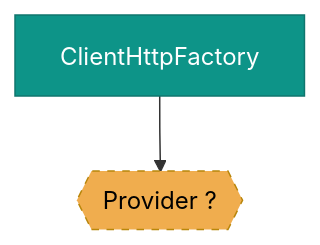
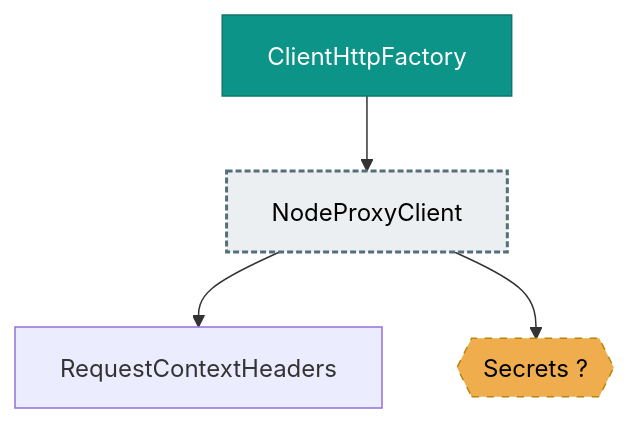
One commit to deanhiller/webpieces-ts changed the diagram in packages/http/http-client-node/design.md. Above: the diagram before and after it, drawn with Mermaid. The commit also changed other lines of this file and 40 other files, not shown here.

First line of the commit message:
Upgrade @webpieces to 0.3.320 and regenerate every design with the shipped DI-graph analyzer (#335)

````diff
--- a/packages/http/http-client-node/design.md
+++ b/packages/http/http-client-node/design.md
@@ -13,11 +13,17 @@
 ```mermaid
 graph TD
     ClientHttpFactory["ClientHttpFactory"]:::apiImpl
-    Provider_NodeProxyClient_{{"Provider<NodeProxyClient> ?"}}:::unresolved
-    ClientHttpFactory --> Provider_NodeProxyClient_
+    NodeProxyClient["NodeProxyClient"]:::many
+    RequestContextHeaders["RequestContextHeaders"]
+    Secrets{{"Secrets ?"}}:::unresolved
+    ClientHttpFactory --> NodeProxyClient
+    NodeProxyClient --> RequestContextHeaders
+    NodeProxyClient --> Secrets
     classDef controller fill:#1f6feb,color:#ffffff,stroke:#0d419d
     classDef apiImpl fill:#0d9488,color:#ffffff,stroke:#0f766e
     classDef component fill:#2da44e,color:#ffffff,stroke:#1a7f37
     classDef unresolved fill:#f0ad4e,color:#000000,stroke:#b8860b,stroke-dasharray: 5 5
     classDef external fill:#b39ddb,color:#000000,stroke:#5e35b1,stroke-width:3px
+    classDef api fill:#4fc3f7,color:#000000,stroke:#0277bd,stroke-width:3px
+    classDef many fill:#eceff1,color:#000000,stroke:#546e7a,stroke-width:2px,stroke-dasharray: 4 2
 ```
````
